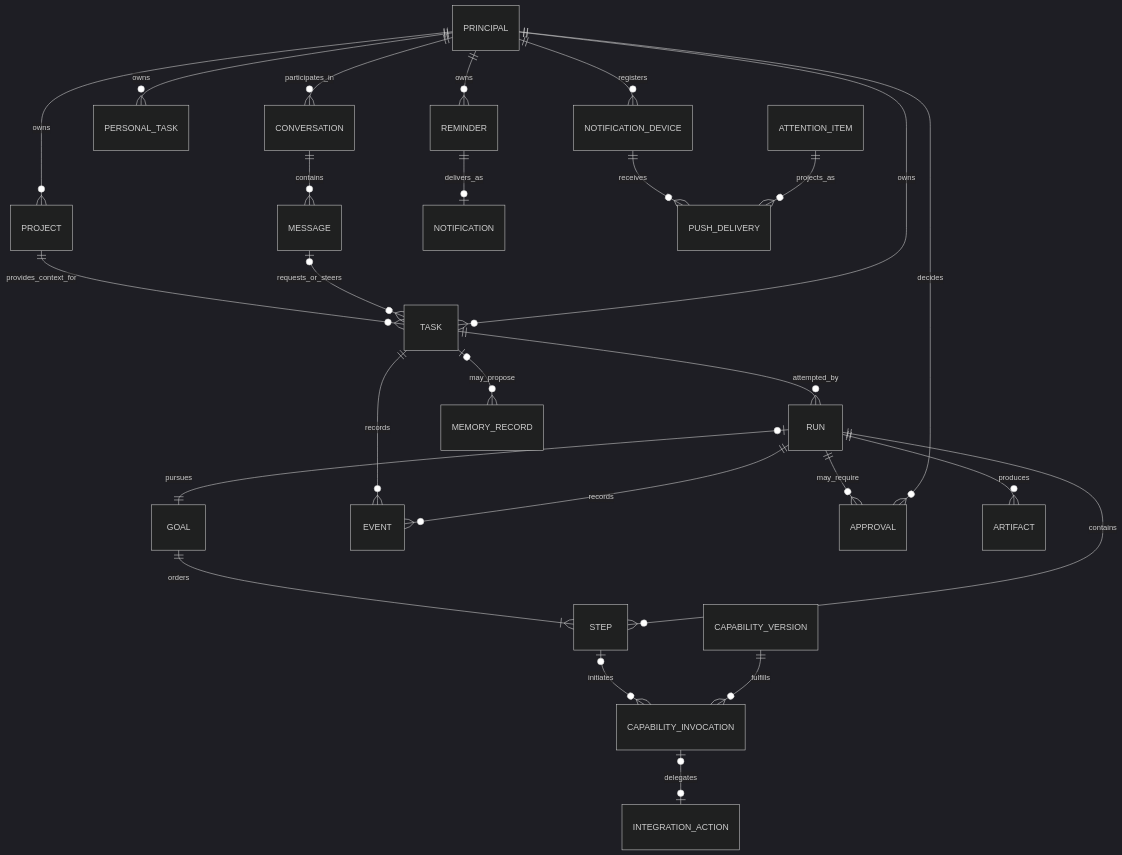
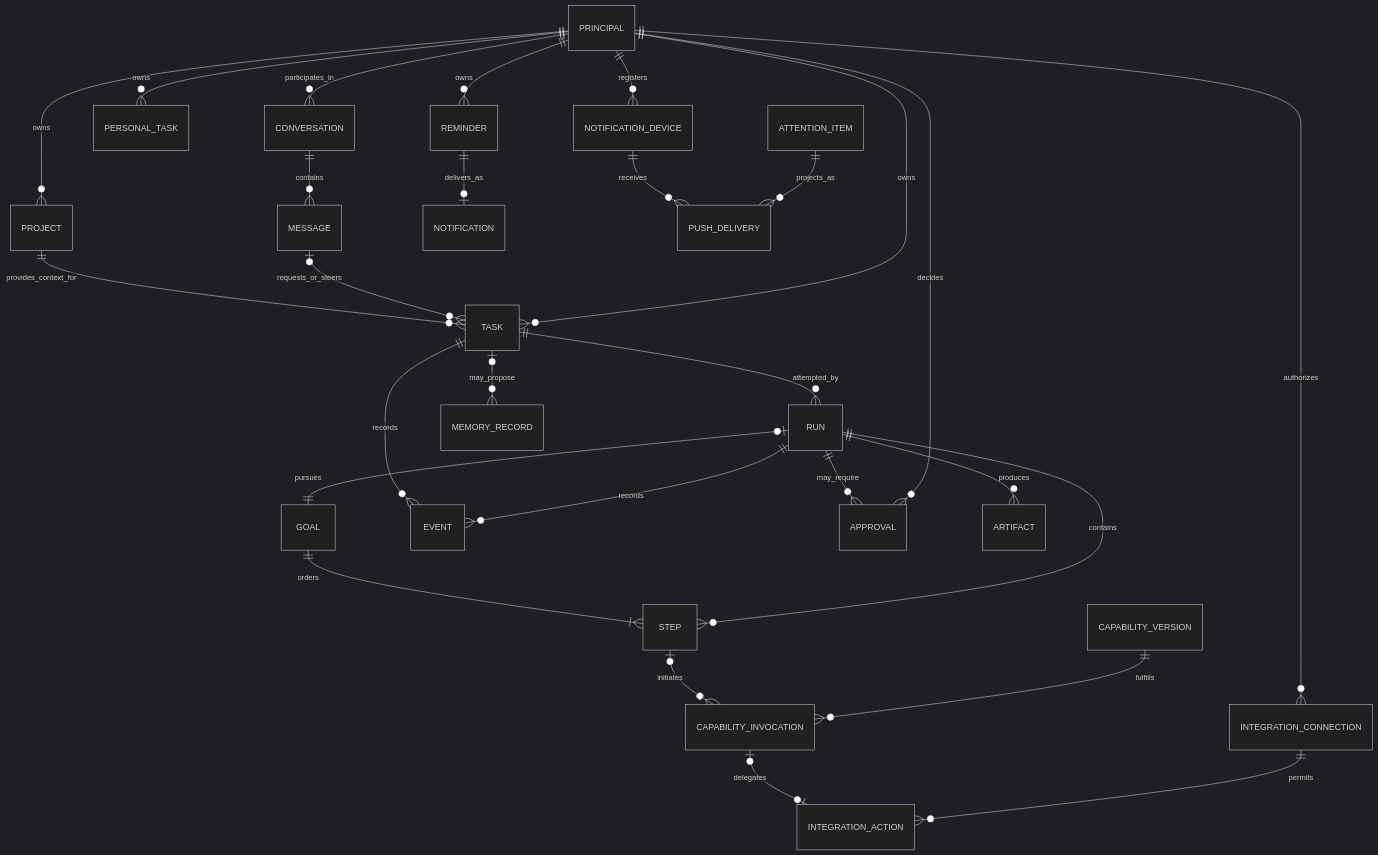
One commit to 4romgod/vera changed the first of 3 diagrams in docs/domain-model.md. Above: the diagram before and after it, drawn with Mermaid (dark theme). The commit also changed other lines of this file and 66 other files, not shown here.

````diff
--- a/docs/domain-model.md
+++ b/docs/domain-model.md
@@ -30,28 +30,30 @@
 ```mermaid
 erDiagram
     PRINCIPAL ||--o{ CONVERSATION : participates_in
     PRINCIPAL ||--o{ PROJECT : owns
     PROJECT ||--o{ TASK : provides_context_for
     CONVERSATION ||--o{ MESSAGE : contains
     MESSAGE o|--o{ TASK : requests_or_steers
     PRINCIPAL ||--o{ TASK : owns
     PRINCIPAL ||--o{ PERSONAL_TASK : owns
     PRINCIPAL ||--o{ REMINDER : owns
+    PRINCIPAL ||--o{ INTEGRATION_CONNECTION : authorizes
     REMINDER ||--o| NOTIFICATION : delivers_as
     PRINCIPAL ||--o{ NOTIFICATION_DEVICE : registers
     NOTIFICATION_DEVICE ||--o{ PUSH_DELIVERY : receives
     ATTENTION_ITEM ||--o{ PUSH_DELIVERY : projects_as
     TASK ||--o{ RUN : attempted_by
     RUN o|--|| GOAL : pursues
     GOAL ||--|{ STEP : orders
     RUN ||--o{ STEP : contains
     STEP o|--o{ CAPABILITY_INVOCATION : initiates
     CAPABILITY_INVOCATION o|--o| INTEGRATION_ACTION : delegates
+    INTEGRATION_CONNECTION ||--o{ INTEGRATION_ACTION : permits
     CAPABILITY_VERSION ||--o{ CAPABILITY_INVOCATION : fulfills
     TASK ||--o{ EVENT : records
     RUN ||--o{ EVENT : records
     RUN ||--o{ APPROVAL : may_require
     RUN ||--o{ ARTIFACT : produces
     PRINCIPAL ||--o{ APPROVAL : decides
     TASK o|--o{ MEMORY_RECORD : may_propose
 ```
````
